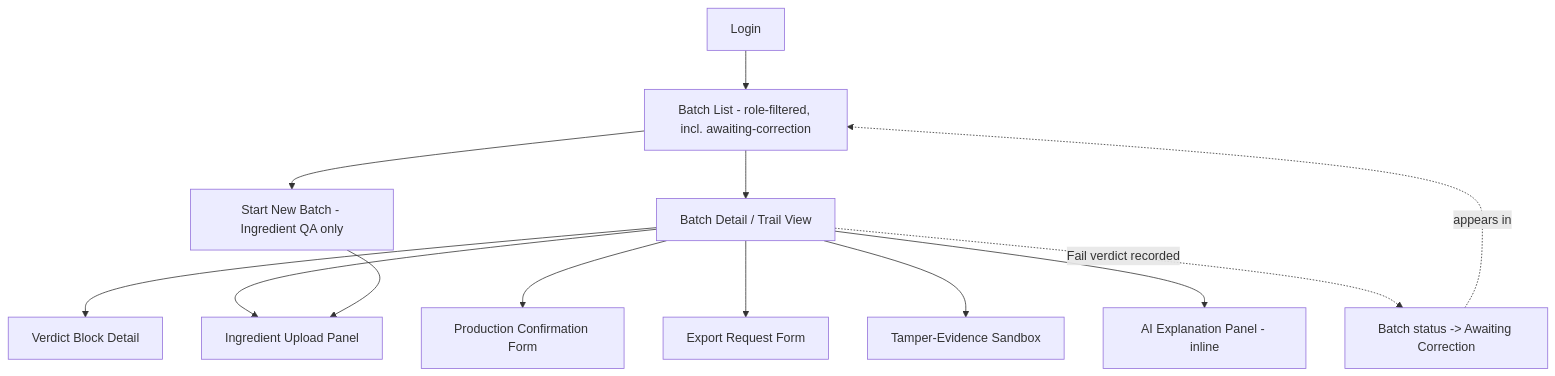
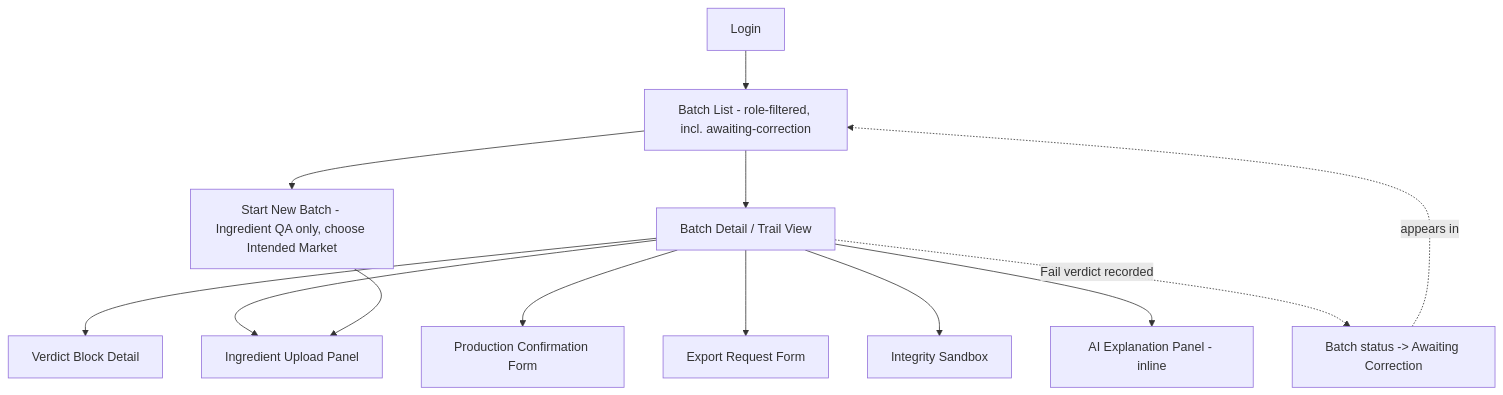
One commit to nadyapribadi/HalCheck changed the first of 2 diagrams in docs/10_ui_flow_navigation.md. Above: the diagram before and after it, drawn with Mermaid. The commit also changed other lines of this file and 32 other files, not shown here.

````diff
--- a/docs/10_ui_flow_navigation.md
+++ b/docs/10_ui_flow_navigation.md
@@ -34,15 +38,15 @@
 ```mermaid
 flowchart TD
   Login --> BatchList[Batch List - role-filtered, incl. awaiting-correction]
   BatchList --> BatchDetail[Batch Detail / Trail View]
   BatchDetail --> VerdictDetail[Verdict Block Detail]
   BatchDetail --> IngredientUpload[Ingredient Upload Panel]
   BatchDetail --> ProductionForm[Production Confirmation Form]
   BatchDetail --> ExportForm[Export Request Form]
-  BatchDetail --> Sandbox[Tamper-Evidence Sandbox]
+  BatchDetail --> Sandbox[Integrity Sandbox]
   BatchDetail --> AIPanel[AI Explanation Panel - inline]
-  BatchList --> NewBatch[Start New Batch - Ingredient QA only]
+  BatchList --> NewBatch[Start New Batch - Ingredient QA only, choose Intended Market]
   NewBatch --> IngredientUpload
   BatchDetail -.Fail verdict recorded.-> StatusChange[Batch status -> Awaiting Correction]
   StatusChange -.appears in.-> BatchList
 ```
````
